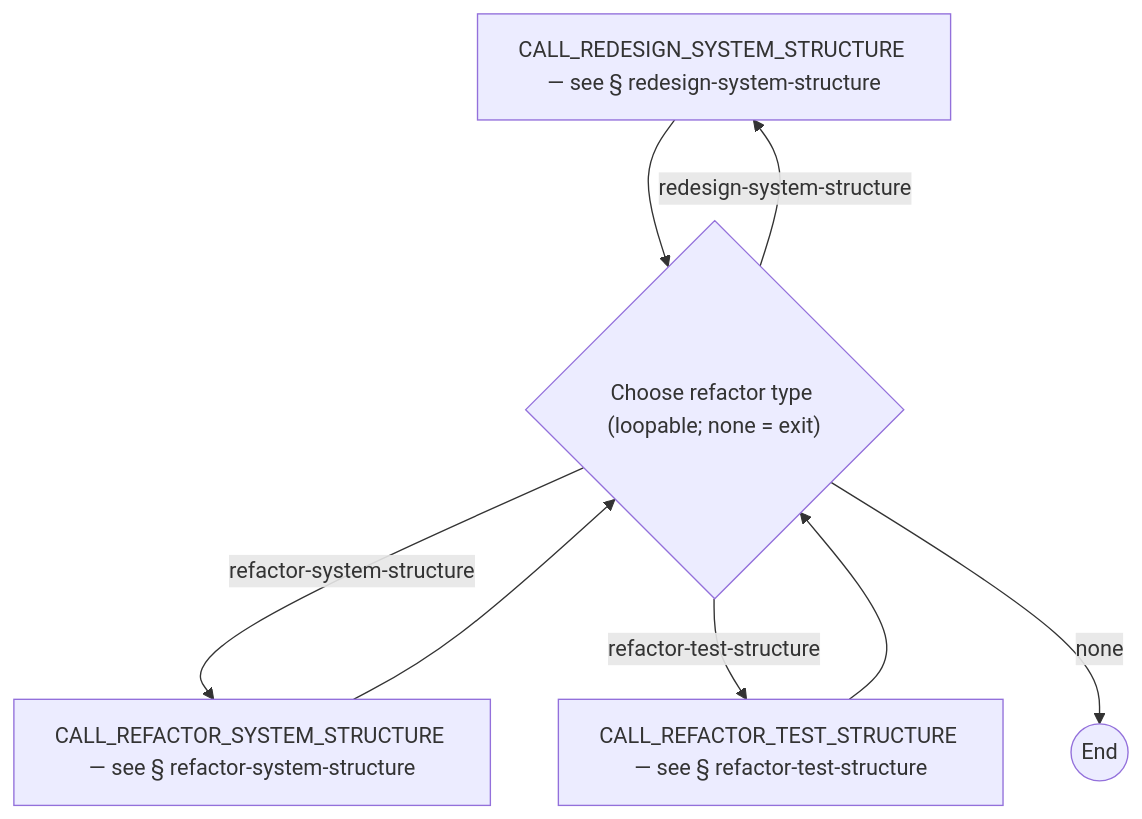
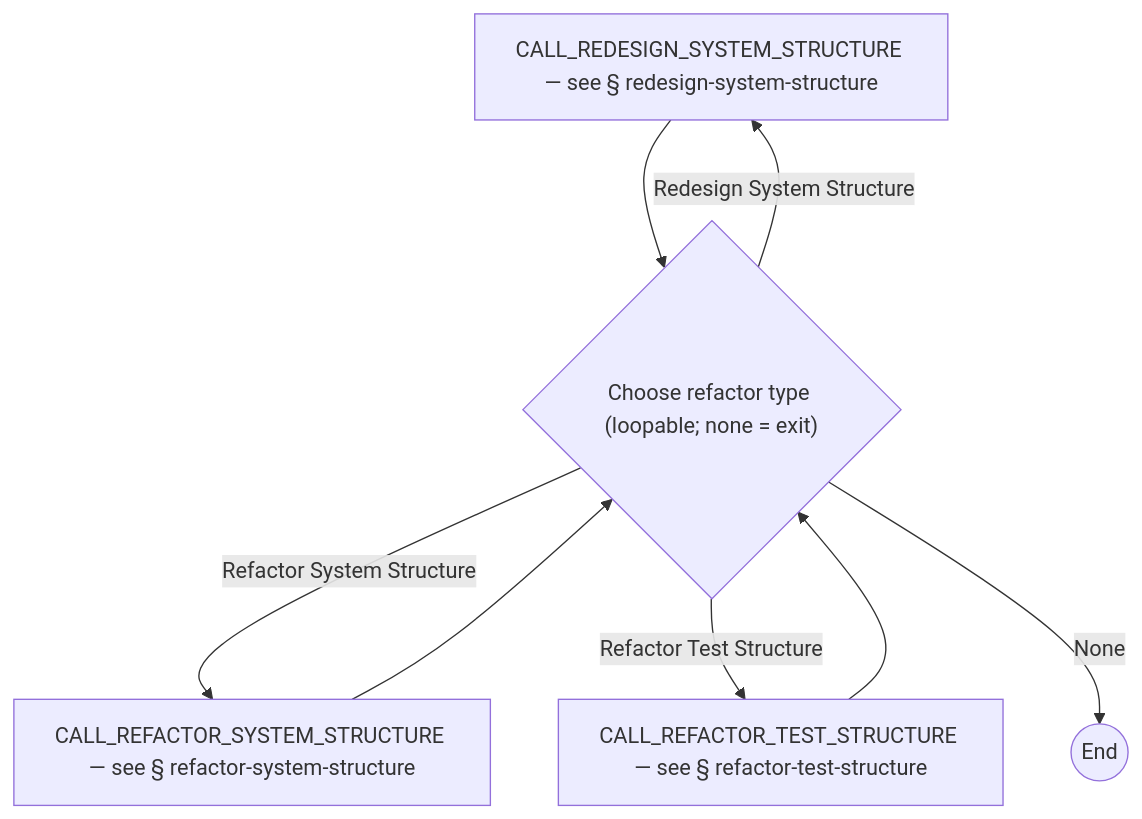
One commit to optivem/gh-optivem changed the fifth of 50 diagrams in docs/process-diagram.md. Above: the diagram before and after it, drawn with Mermaid. The commit also changed other lines of this file and 3 other files, not shown here.

````diff
--- a/docs/process-diagram.md
+++ b/docs/process-diagram.md
@@ -114,16 +114,16 @@
 ```mermaid
 flowchart TD
     CALL_REDESIGN_SYSTEM_STRUCTURE[CALL_REDESIGN_SYSTEM_STRUCTURE — see § redesign-system-structure]
     CALL_REFACTOR_SYSTEM_STRUCTURE[CALL_REFACTOR_SYSTEM_STRUCTURE — see § refactor-system-structure]
     CALL_REFACTOR_TEST_STRUCTURE[CALL_REFACTOR_TEST_STRUCTURE — see § refactor-test-structure]
     GATE_REFACTOR_TYPE_CHOICE{"Choose refactor type (loopable; none = exit)"}
     REFACTOR_TOP_END((End))
 
-    GATE_REFACTOR_TYPE_CHOICE -- refactor-system-structure --> CALL_REFACTOR_SYSTEM_STRUCTURE
-    GATE_REFACTOR_TYPE_CHOICE -- refactor-test-structure --> CALL_REFACTOR_TEST_STRUCTURE
-    GATE_REFACTOR_TYPE_CHOICE -- redesign-system-structure --> CALL_REDESIGN_SYSTEM_STRUCTURE
-    GATE_REFACTOR_TYPE_CHOICE -- none --> REFACTOR_TOP_END
+    GATE_REFACTOR_TYPE_CHOICE -- Refactor System Structure --> CALL_REFACTOR_SYSTEM_STRUCTURE
+    GATE_REFACTOR_TYPE_CHOICE -- Refactor Test Structure --> CALL_REFACTOR_TEST_STRUCTURE
+    GATE_REFACTOR_TYPE_CHOICE -- Redesign System Structure --> CALL_REDESIGN_SYSTEM_STRUCTURE
+    GATE_REFACTOR_TYPE_CHOICE -- None --> REFACTOR_TOP_END
     CALL_REFACTOR_SYSTEM_STRUCTURE --> GATE_REFACTOR_TYPE_CHOICE
     CALL_REFACTOR_TEST_STRUCTURE --> GATE_REFACTOR_TYPE_CHOICE
     CALL_REDESIGN_SYSTEM_STRUCTURE --> GATE_REFACTOR_TYPE_CHOICE
 ```
````
